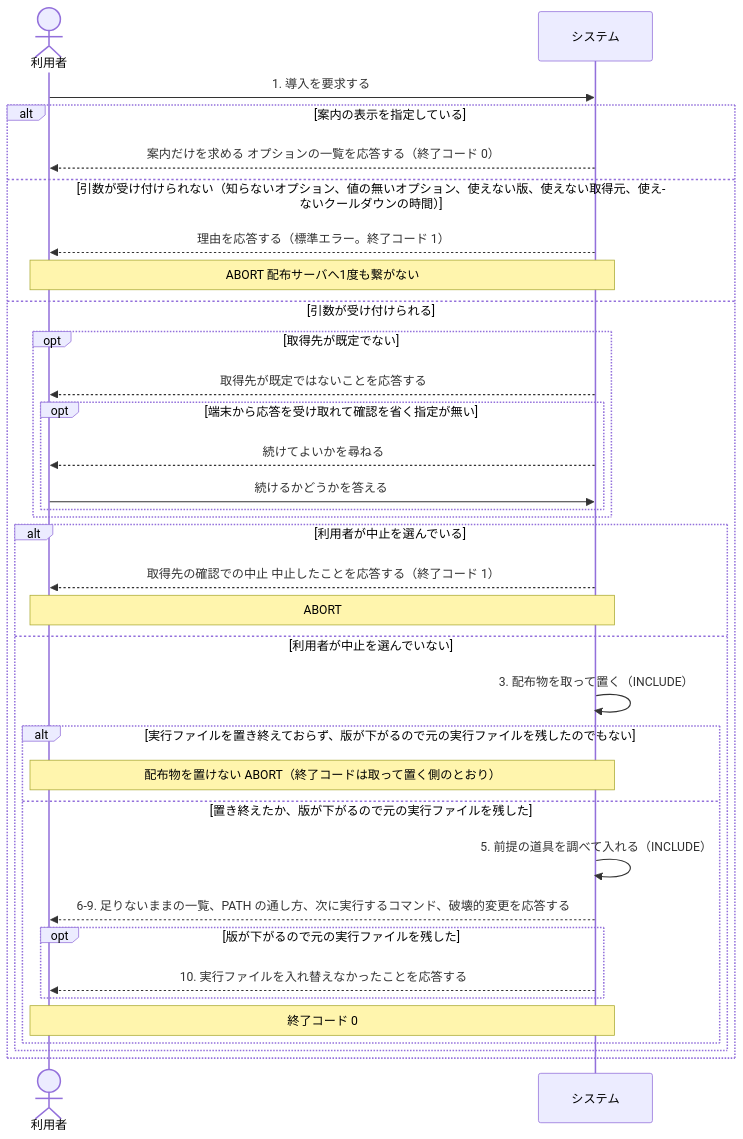
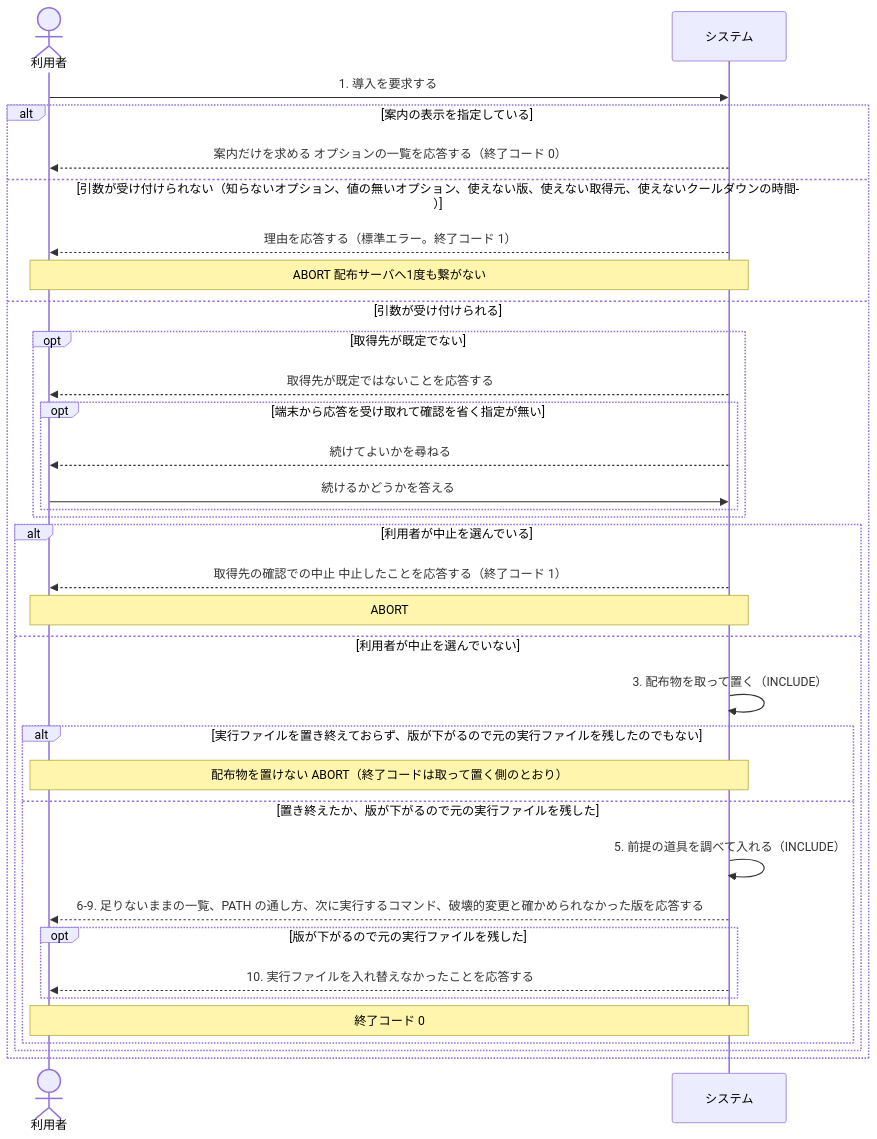
The second of 2 diagrams in docs/spec/usecases/particular_case/continuoを入れる.rucm.md (maimuzo/continuo), drawn with Mermaid before and after one commit. The commit also changed other lines of this file and 16 other files, not shown here.

````diff
--- a/docs/spec/usecases/particular_case/continuoを入れる.rucm.md
+++ b/docs/spec/usecases/particular_case/continuoを入れる.rucm.md
@@ -211,37 +211,37 @@
 ```mermaid
 sequenceDiagram
     actor USER as 利用者
     participant SYS as システム
 
     USER->>SYS: 1. 導入を要求する
     alt 案内の表示を指定している
         SYS-->>USER: 案内だけを求める オプションの一覧を応答する（終了コード 0）
     else 引数が受け付けられない（知らないオプション、値の無いオプション、使えない版、使えない取得元、使えないクールダウンの時間）
         SYS-->>USER: 理由を応答する（標準エラー。終了コード 1）
         Note over USER,SYS: ABORT 配布サーバへ1度も繋がない
     else 引数が受け付けられる
         opt 取得先が既定でない
             SYS-->>USER: 取得先が既定ではないことを応答する
             opt 端末から応答を受け取れて確認を省く指定が無い
                 SYS-->>USER: 続けてよいかを尋ねる
                 USER->>SYS: 続けるかどうかを答える
             end
         end
         alt 利用者が中止を選んでいる
             SYS-->>USER: 取得先の確認での中止 中止したことを応答する（終了コード 1）
             Note over USER,SYS: ABORT
         else 利用者が中止を選んでいない
             SYS->>SYS: 3. 配布物を取って置く（INCLUDE）
             alt 実行ファイルを置き終えておらず、版が下がるので元の実行ファイルを残したのでもない
                 Note over USER,SYS: 配布物を置けない ABORT（終了コードは取って置く側のとおり）
             else 置き終えたか、版が下がるので元の実行ファイルを残した
                 SYS->>SYS: 5. 前提の道具を調べて入れる（INCLUDE）
-                SYS-->>USER: 6-9. 足りないままの一覧、PATH の通し方、次に実行するコマンド、破壊的変更を応答する
+                SYS-->>USER: 6-9. 足りないままの一覧、PATH の通し方、次に実行するコマンド、破壊的変更と確かめられなかった版を応答する
                 opt 版が下がるので元の実行ファイルを残した
                     SYS-->>USER: 10. 実行ファイルを入れ替えなかったことを応答する
                 end
                 Note over USER,SYS: 終了コード 0
             end
         end
     end
 ```
````
